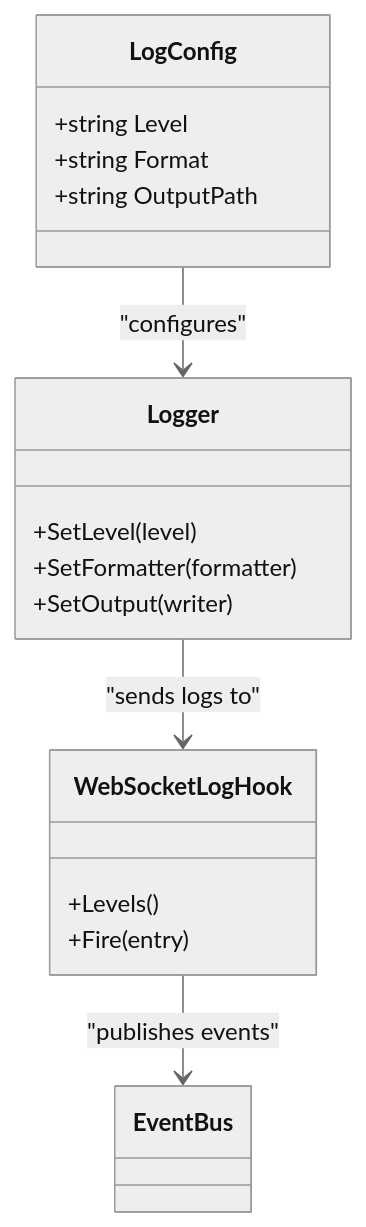
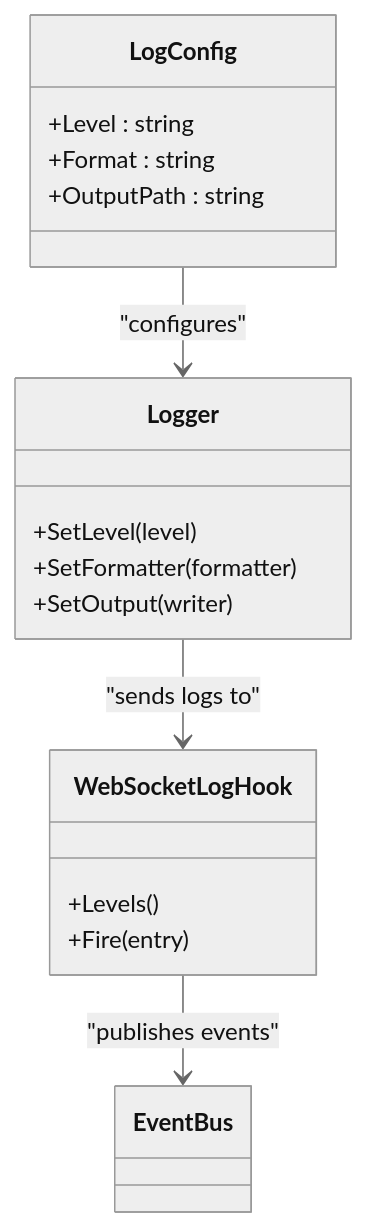
The fourth of 5 diagrams in docs/Deployment.md (prxs-ai/praxis-go-sdk), drawn with Mermaid (neutral theme) before and after one commit. The commit also changed other lines of this file and 141 other files, not shown here.

````diff
--- a/docs/Deployment.md
+++ b/docs/Deployment.md
@@ -124,20 +124,20 @@
 ```mermaid
 classDiagram
 class LogConfig {
-+string Level
-+string Format
-+string OutputPath
++Level : string
++Format : string
++OutputPath : string
 }
 class Logger {
 +SetLevel(level)
 +SetFormatter(formatter)
 +SetOutput(writer)
 }
 class WebSocketLogHook {
 +Levels()
 +Fire(entry)
 }
 LogConfig --> Logger : "configures"
 Logger --> WebSocketLogHook : "sends logs to"
 WebSocketLogHook --> EventBus : "publishes events"
 ```
````
